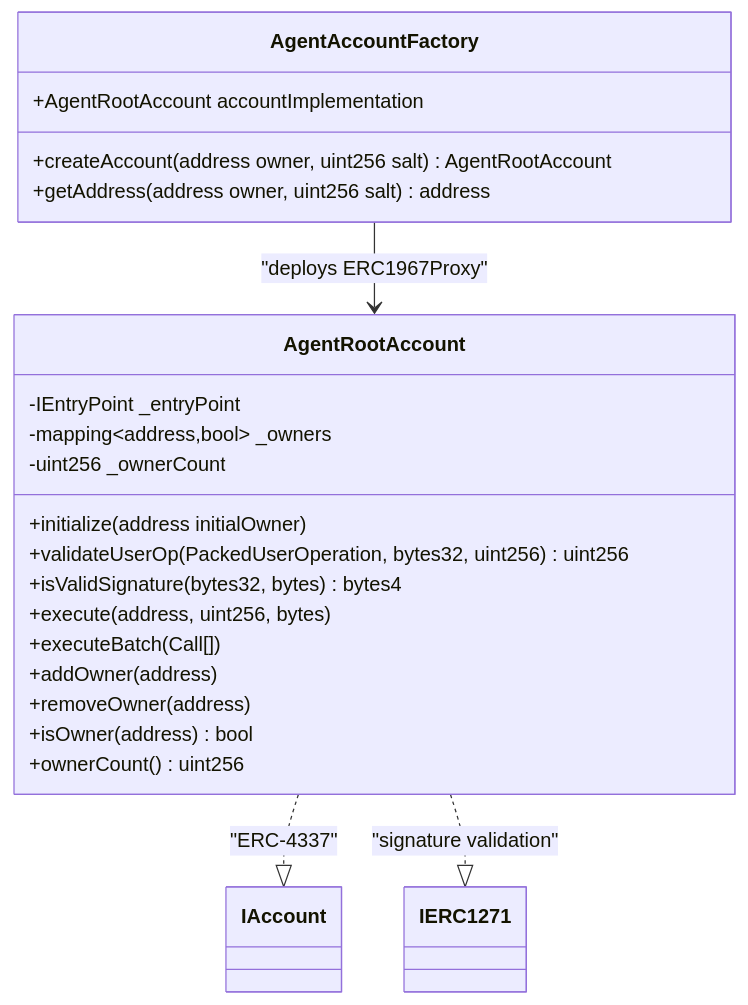
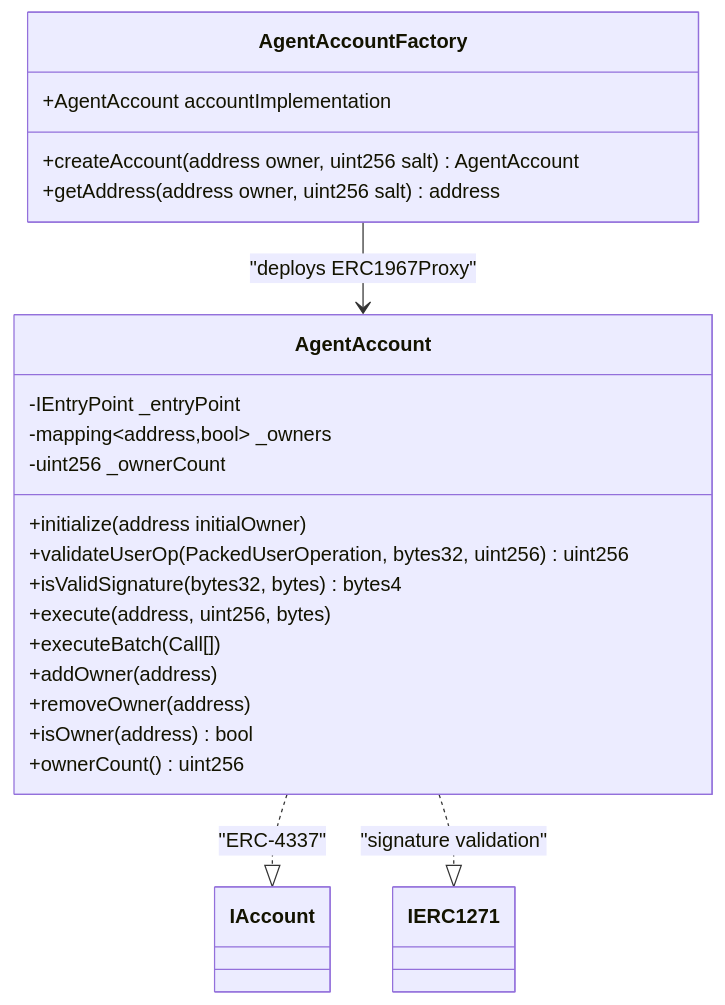
One commit to agentictrustlabs/smart-agent changed the second of 8 diagrams in docs/architecture/contracts.md. Above: the diagram before and after it, drawn with Mermaid. The commit also changed other lines of this file and 56 other files, not shown here.

````diff
--- a/docs/architecture/contracts.md
+++ b/docs/architecture/contracts.md
@@ -80,27 +80,27 @@
 ```mermaid
 classDiagram
-    class AgentRootAccount {
+    class AgentAccount {
         -IEntryPoint _entryPoint
         -mapping~address,bool~ _owners
         -uint256 _ownerCount
         +initialize(address initialOwner)
         +validateUserOp(PackedUserOperation, bytes32, uint256) uint256
         +isValidSignature(bytes32, bytes) bytes4
         +execute(address, uint256, bytes)
         +executeBatch(Call[])
         +addOwner(address)
         +removeOwner(address)
         +isOwner(address) bool
         +ownerCount() uint256
     }
 
     class AgentAccountFactory {
-        +AgentRootAccount accountImplementation
-        +createAccount(address owner, uint256 salt) AgentRootAccount
+        +AgentAccount accountImplementation
+        +createAccount(address owner, uint256 salt) AgentAccount
         +getAddress(address owner, uint256 salt) address
     }
 
-    AgentAccountFactory --> AgentRootAccount : "deploys ERC1967Proxy"
-    AgentRootAccount ..|> IAccount : "ERC-4337"
-    AgentRootAccount ..|> IERC1271 : "signature validation"
+    AgentAccountFactory --> AgentAccount : "deploys ERC1967Proxy"
+    AgentAccount ..|> IAccount : "ERC-4337"
+    AgentAccount ..|> IERC1271 : "signature validation"
 ```
````
